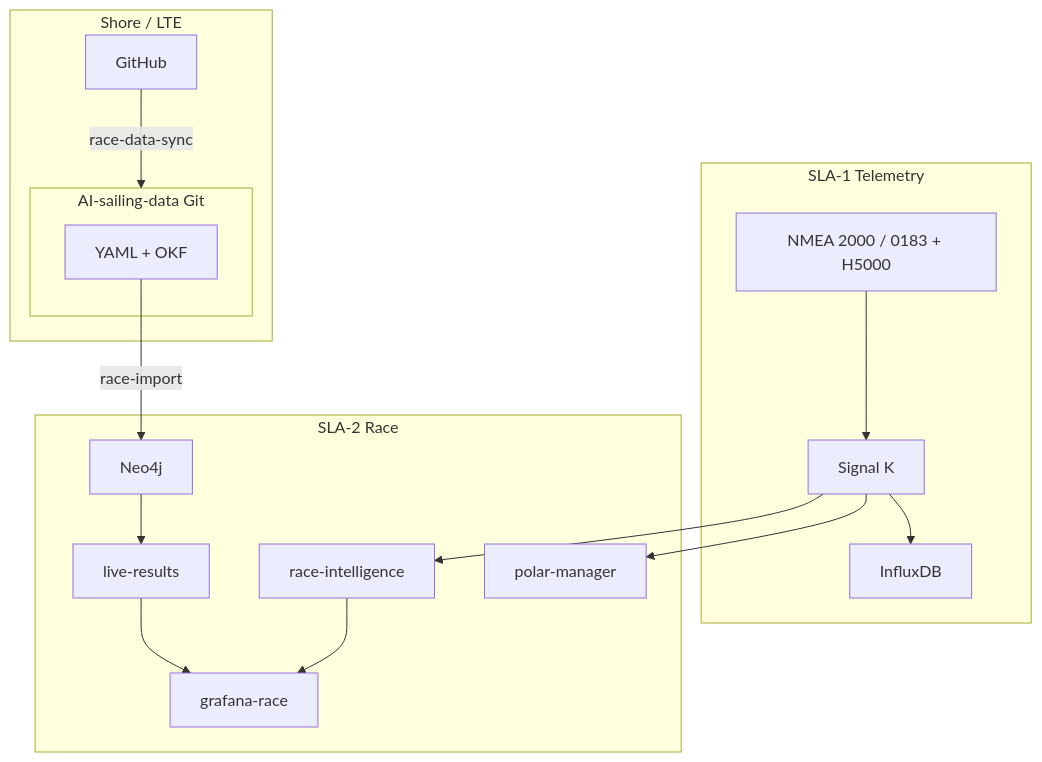
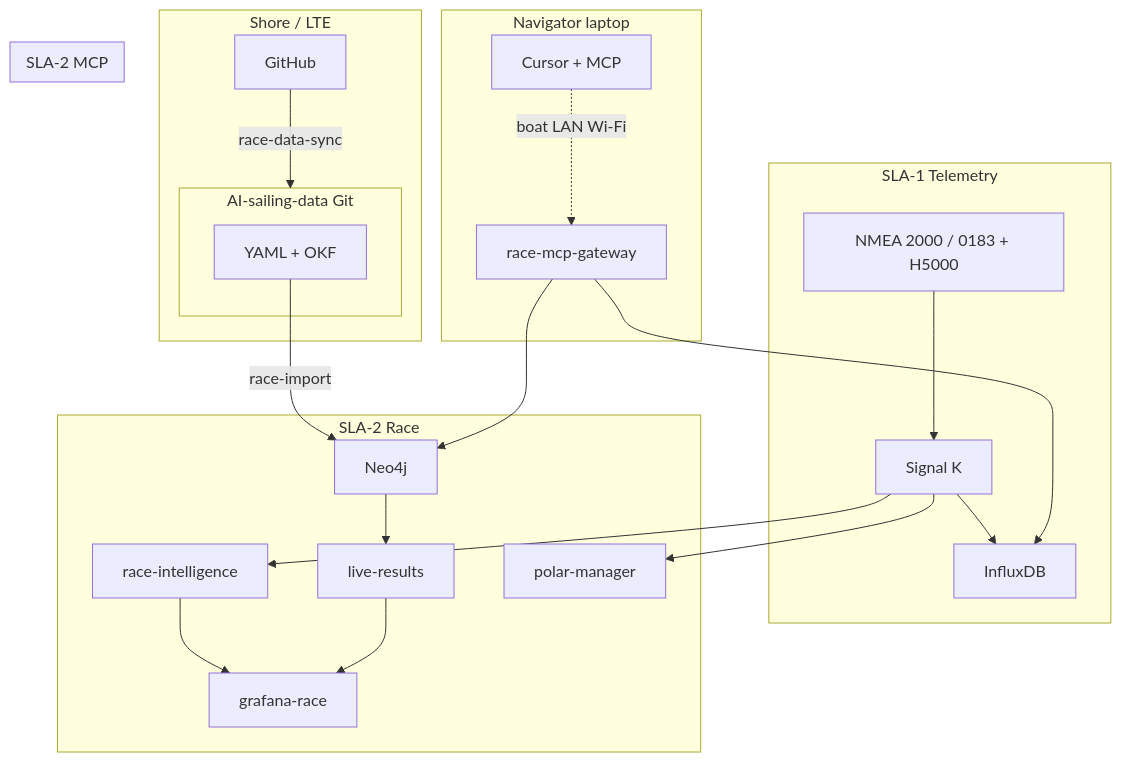
The diagram in docs/ARCHITECTURE.md (cognite-fholm/AI-sailing-system), drawn with Mermaid before and after one commit. The commit also changed other lines of this file and 8 other files, not shown here.

First line of the commit message:
Add race-side MCP for laptop Cursor ad hoc analysis (ADR-0012).

````diff
--- a/docs/ARCHITECTURE.md
+++ b/docs/ARCHITECTURE.md
@@ -33,32 +33,43 @@
 ```mermaid
 flowchart TB
   subgraph sla1 [SLA-1 Telemetry]
     N2K[NMEA 2000 / 0183 + H5000]
     SK[Signal K]
     IFX[InfluxDB]
     N2K --> SK --> IFX
   end
 
   subgraph sla2 [SLA-2 Race]
     NEO[Neo4j]
     RI[race-intelligence]
     LR[live-results]
     PM[polar-manager]
     GF[grafana-race]
     SK --> RI
     SK --> PM
     RI --> GF
     LR --> GF
     NEO --> LR
   end
 
   subgraph data [AI-sailing-data Git]
     YAML[YAML + OKF]
     YAML -->|race-import| NEO
   end
 
   subgraph shore [Shore / LTE]
     GIT[GitHub]
     GIT -->|race-data-sync| data
   end
+
+  subgraph laptop [Navigator laptop]
+    CUR[Cursor + MCP]
+    CUR -.->|boat LAN Wi‑Fi| GW
+  end
+
+  subgraph mcp [SLA-2 MCP]
+    GW[race-mcp-gateway]
+    GW --> NEO
+    GW --> IFX
+  end
 ```
````
